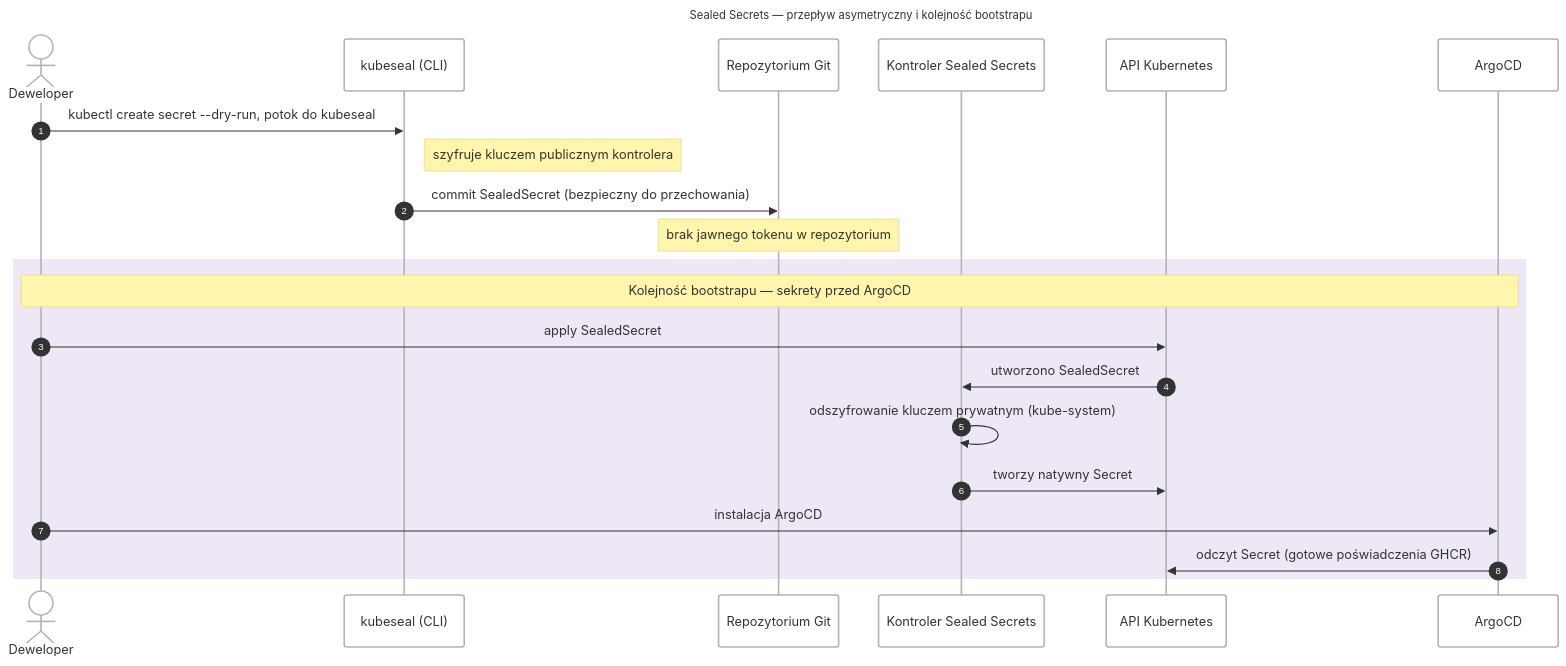
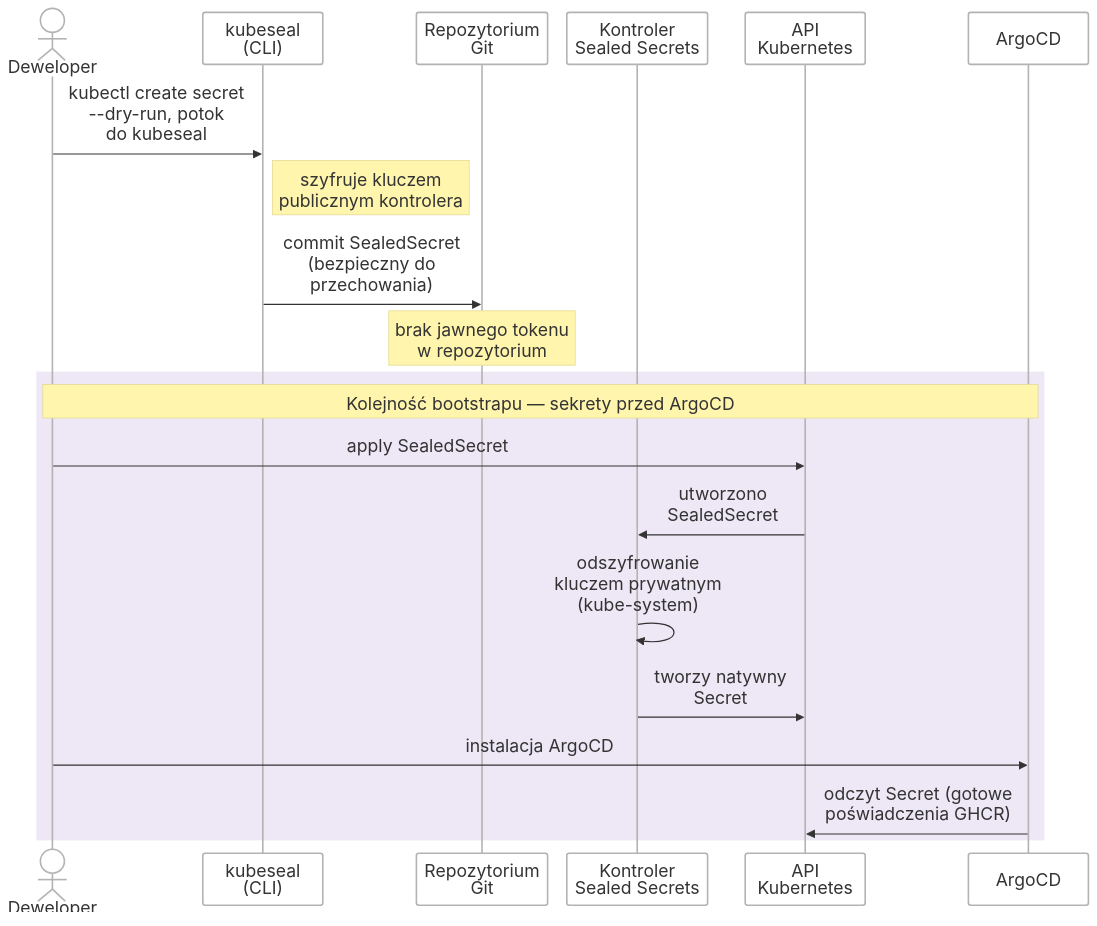
One commit to mwas-inz/bsc-devops changed the diagram in docs/diagrams/07-deploy/deploy-03-sealed-secrets.mmd. Above: the diagram before and after it, drawn with Mermaid. The commit also changed 51 other files, not shown here.

First line of the commit message:
docs(diagrams): rework Mermaid diagrams for print legibility

```diff
--- a/docs/diagrams/07-deploy/deploy-03-sealed-secrets.mmd
+++ b/docs/diagrams/07-deploy/deploy-03-sealed-secrets.mmd
@@ -1,28 +1,40 @@
 ---
-title: Sealed Secrets — przepływ asymetryczny i kolejność bootstrapu
 config:
   theme: neo
+  fontSize: 22
+  themeVariables:
+    fontSize: 22px
+  sequence:
+    actorFontSize: 22
+    messageFontSize: 22
+    noteFontSize: 20
+    actorMargin: 24
+    boxMargin: 8
+    noteMargin: 8
+    messageMargin: 30
+    diagramMarginX: 8
+    diagramMarginY: 8
 ---
+%% Sealed Secrets — przepływ asymetryczny i kolejność bootstrapu
 sequenceDiagram
-    autonumber
     actor Dev as Deweloper
-    participant Seal as kubeseal (CLI)
-    participant Git as Repozytorium Git
-    participant Ctrl as Kontroler Sealed Secrets
-    participant K8s as API Kubernetes
+    participant Seal as kubeseal<br/>(CLI)
+    participant Git as Repozytorium<br/>Git
+    participant Ctrl as Kontroler<br/>Sealed Secrets
+    participant K8s as API<br/>Kubernetes
     participant Argo as ArgoCD
 
-    Dev->>Seal: kubectl create secret --dry-run, potok do kubeseal
-    Note right of Seal: szyfruje kluczem publicznym kontrolera
-    Seal->>Git: commit SealedSecret (bezpieczny do przechowania)
-    Note over Git: brak jawnego tokenu w repozytorium
+    Dev->>Seal: kubectl create secret<br/>--dry-run, potok<br/>do kubeseal
+    Note right of Seal: szyfruje kluczem<br/>publicznym kontrolera
+    Seal->>Git: commit SealedSecret<br/>(bezpieczny do<br/>przechowania)
+    Note over Git: brak jawnego tokenu<br/>w repozytorium
 
     rect rgb(237, 231, 246)
     Note over Dev,Argo: Kolejność bootstrapu — sekrety przed ArgoCD
     Dev->>K8s: apply SealedSecret
-    K8s->>Ctrl: utworzono SealedSecret
-    Ctrl->>Ctrl: odszyfrowanie kluczem prywatnym (kube-system)
-    Ctrl->>K8s: tworzy natywny Secret
+    K8s->>Ctrl: utworzono<br/>SealedSecret
+    Ctrl->>Ctrl: odszyfrowanie<br/>kluczem prywatnym<br/>(kube-system)
+    Ctrl->>K8s: tworzy natywny<br/>Secret
     Dev->>Argo: instalacja ArgoCD
-    Argo->>K8s: odczyt Secret (gotowe poświadczenia GHCR)
+    Argo->>K8s: odczyt Secret (gotowe<br/>poświadczenia GHCR)
     end
```
